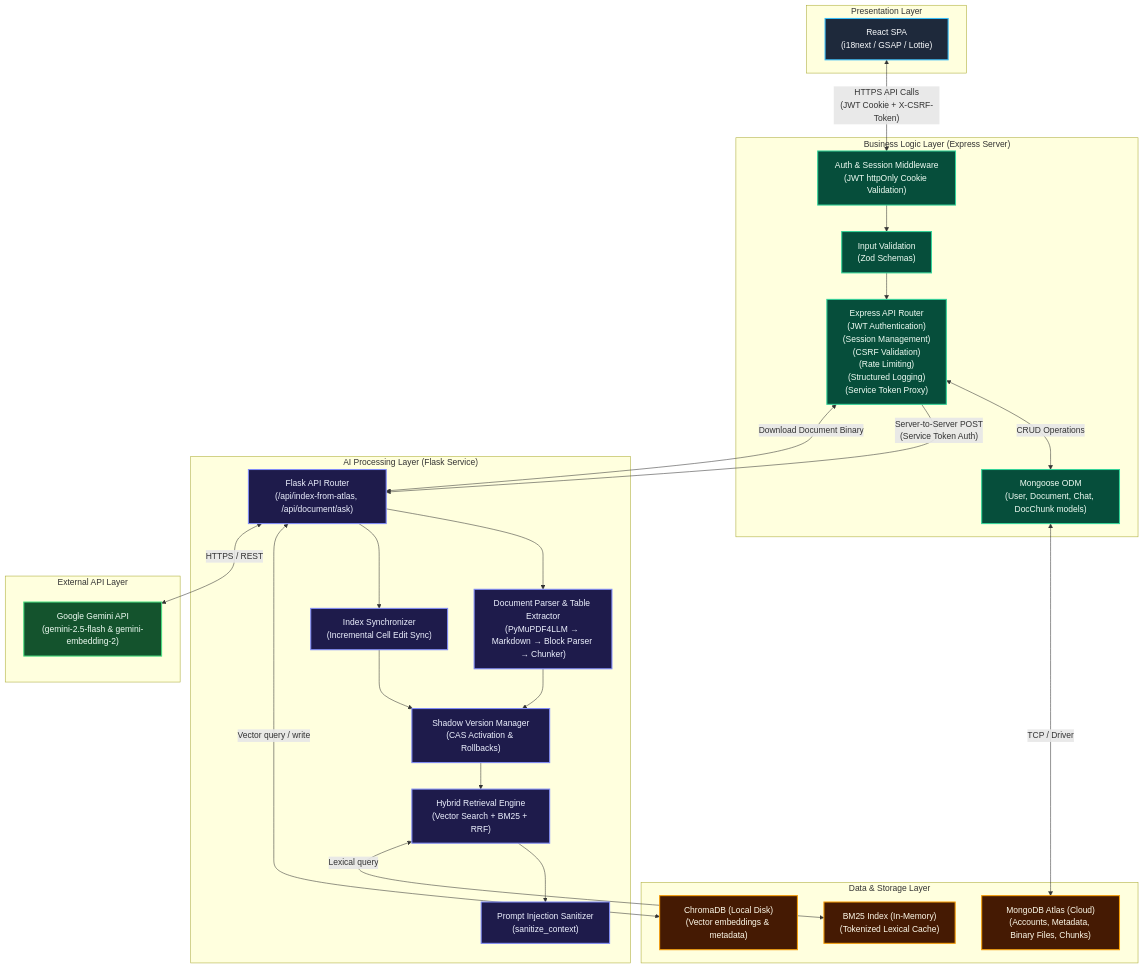
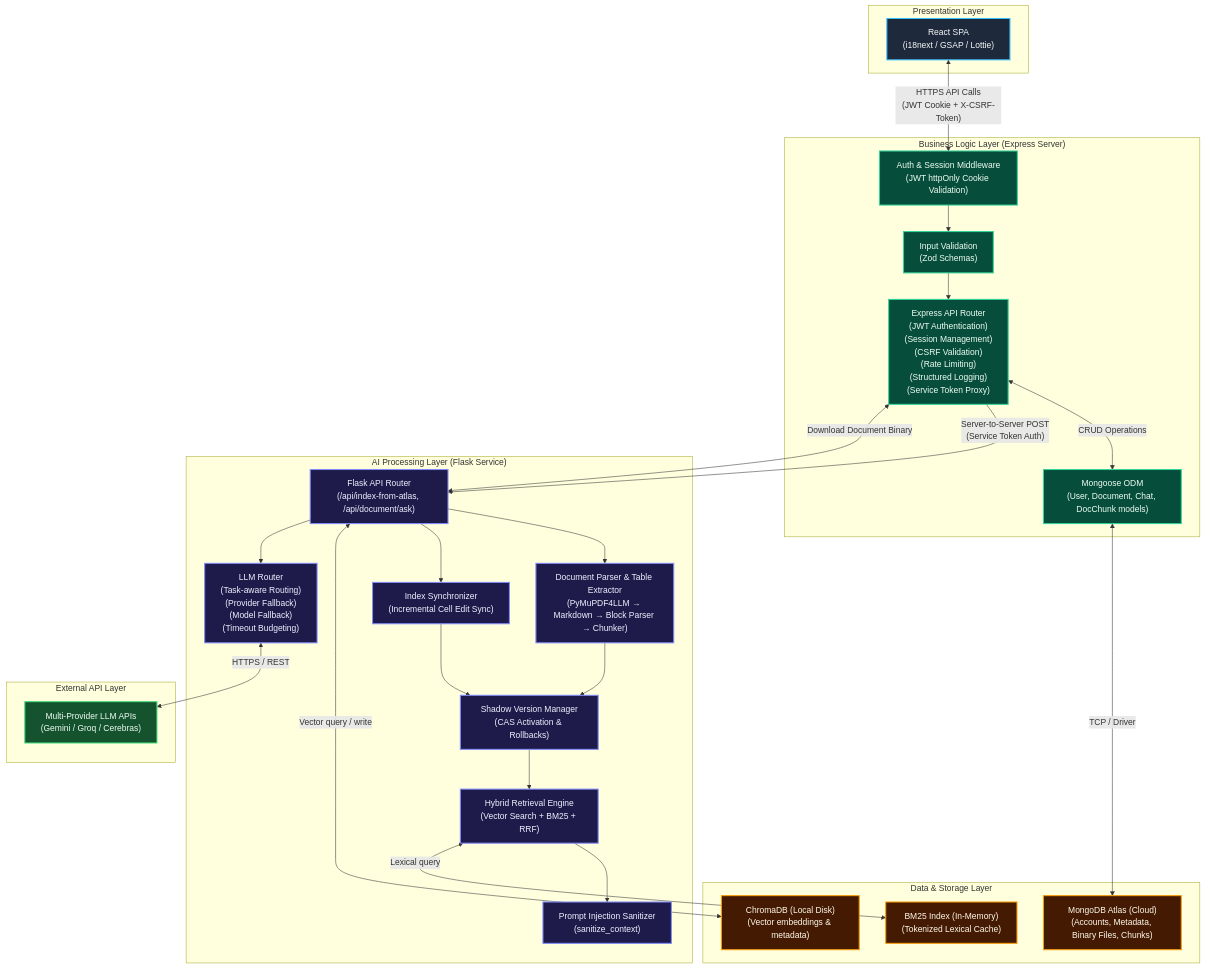
The first of 2 diagrams in README.md (SmartDocQ/SmartDocQ), drawn with Mermaid before and after one commit. The commit also changed other lines of this file and 14 other files, not shown here.

Commit message:
refactor: add model-agnostic LLM routing

````diff
--- a/README.md
+++ b/README.md
@@ -61,68 +61,70 @@
 ```mermaid
 graph TD
     %% Styles
     classDef client fill:#1E293B,stroke:#38BDF8,stroke-width:2px,color:#F8FAFC;
     classDef business fill:#064E3B,stroke:#34D399,stroke-width:2px,color:#F0FDF4;
     classDef aiservice fill:#1E1B4B,stroke:#818CF8,stroke-width:2px,color:#EEF2FF;
     classDef storage fill:#451A03,stroke:#F59E0B,stroke-width:2px,color:#FFFBEB;
     classDef external fill:#14532D,stroke:#4ADE80,stroke-width:2px,color:#F0FDF4;
 
     %% Client Layer
     subgraph Client_Layer ["Presentation Layer"]
         ReactSPA["React SPA<br/>(i18next / GSAP / Lottie)"]:::client
     end
 
     %% Business Logic Layer
     subgraph Middleware_Layer ["Business Logic Layer (Express Server)"]
         ExpressRouter["Express API Router<br/>(JWT Authentication)<br/>(Session Management)<br/>(CSRF Validation)<br/>(Rate Limiting)<br/>(Structured Logging)<br/>(Service Token Proxy)"]:::business
         AuthGuard["Auth & Session Middleware<br/>(JWT httpOnly Cookie Validation)"]:::business
         ZodValidator["Input Validation<br/>(Zod Schemas)"]:::business
         MongooseDB["Mongoose ODM<br/>(User, Document, Chat, DocChunk models)"]:::business
     end
 
     %% AI Processing Layer
     subgraph AI_Layer ["AI Processing Layer (Flask Service)"]
         FlaskApp["Flask API Router<br/>(/api/index-from-atlas, /api/document/ask)"]:::aiservice
         Parser["Document Parser & Table Extractor<br/>(PyMuPDF4LLM → Markdown → Block Parser → Chunker)"]:::aiservice
         IndexSynchronizer["Index Synchronizer<br/>(Incremental Cell Edit Sync)"]:::aiservice
         ShadowVersionManager["Shadow Version Manager<br/>(CAS Activation & Rollbacks)"]:::aiservice
         RetrievalPipeline["Hybrid Retrieval Engine<br/>(Vector Search + BM25 + RRF)"]:::aiservice
         Sanitizer["Prompt Injection Sanitizer<br/>(sanitize_context)"]:::aiservice
+        LLMRouter["LLM Router<br/>(Task-aware Routing)<br/>(Provider Fallback)<br/>(Model Fallback)<br/>(Timeout Budgeting)"]:::aiservice
     end
 
     %% Storage Layer
     subgraph Storage_Layer ["Data & Storage Layer"]
         MongoDB["MongoDB Atlas (Cloud)<br/>(Accounts, Metadata, Binary Files, Chunks)"]:::storage
         ChromaDB["ChromaDB (Local Disk)<br/>(Vector embeddings & metadata)"]:::storage
         BM25Cache["BM25 Index (In-Memory)<br/>(Tokenized Lexical Cache)"]:::storage
     end
 
     %% External
     subgraph External_APIs ["External API Layer"]
-        GeminiAPI["Google Gemini API<br/>(gemini-2.5-flash & gemini-embedding-2)"]:::external
+        LLM_APIs["Multi-Provider LLM APIs<br/>(Gemini / Groq / Cerebras)"]:::external
     end
 
     %% Flow/Connections
     ReactSPA <-->|"HTTPS API Calls<br/>(JWT Cookie + X-CSRF-Token)"| AuthGuard
     AuthGuard --> ZodValidator
     ZodValidator --> ExpressRouter
     
     ExpressRouter <-->|"CRUD Operations"| MongooseDB
     MongooseDB <-->|"TCP / Driver"| MongoDB
     
     ExpressRouter -->|"Server-to-Server POST<br/>(Service Token Auth)"| FlaskApp
     
     FlaskApp --> Parser
     Parser --> ShadowVersionManager
     FlaskApp --> IndexSynchronizer
     IndexSynchronizer --> ShadowVersionManager
     ShadowVersionManager --> RetrievalPipeline
     RetrievalPipeline --> Sanitizer
     
     FlaskApp <-->|"Download Document Binary"| ExpressRouter
     
     FlaskApp <-->|"Vector query / write"| ChromaDB
     RetrievalPipeline <-->|"Lexical query"| BM25Cache
     
-    FlaskApp <-->|"HTTPS / REST"| GeminiAPI
+    FlaskApp --> LLMRouter
+    LLMRouter <-->|"HTTPS / REST"| LLM_APIs
 ```
````
